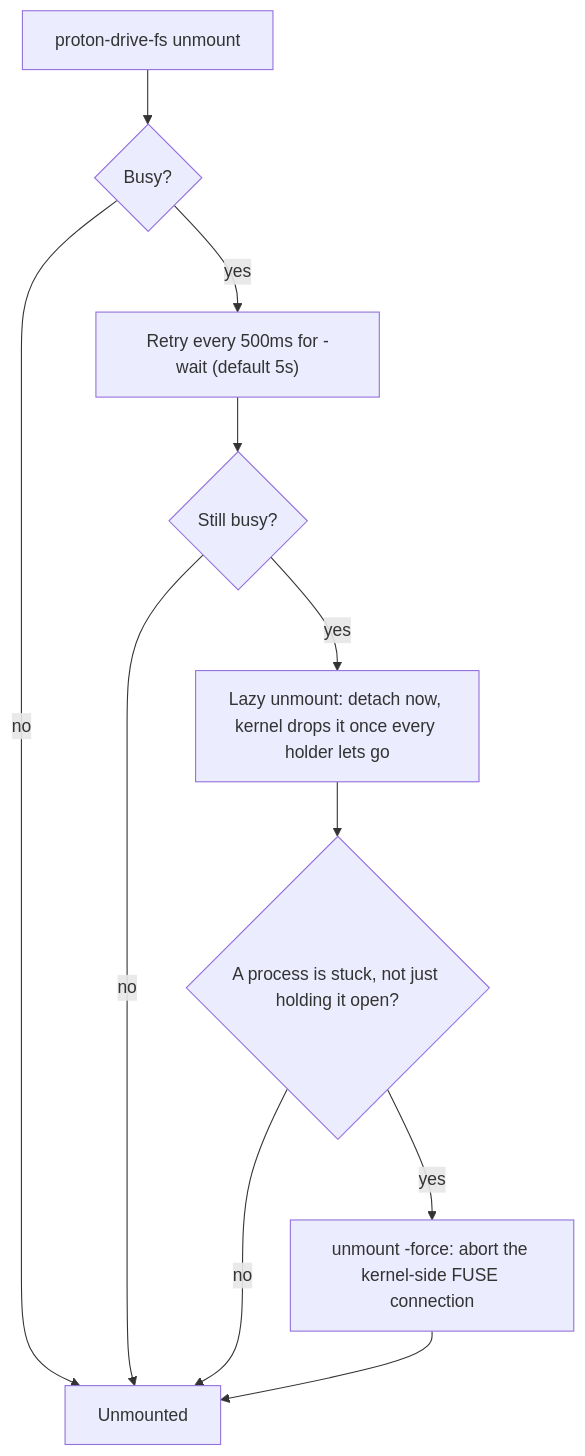
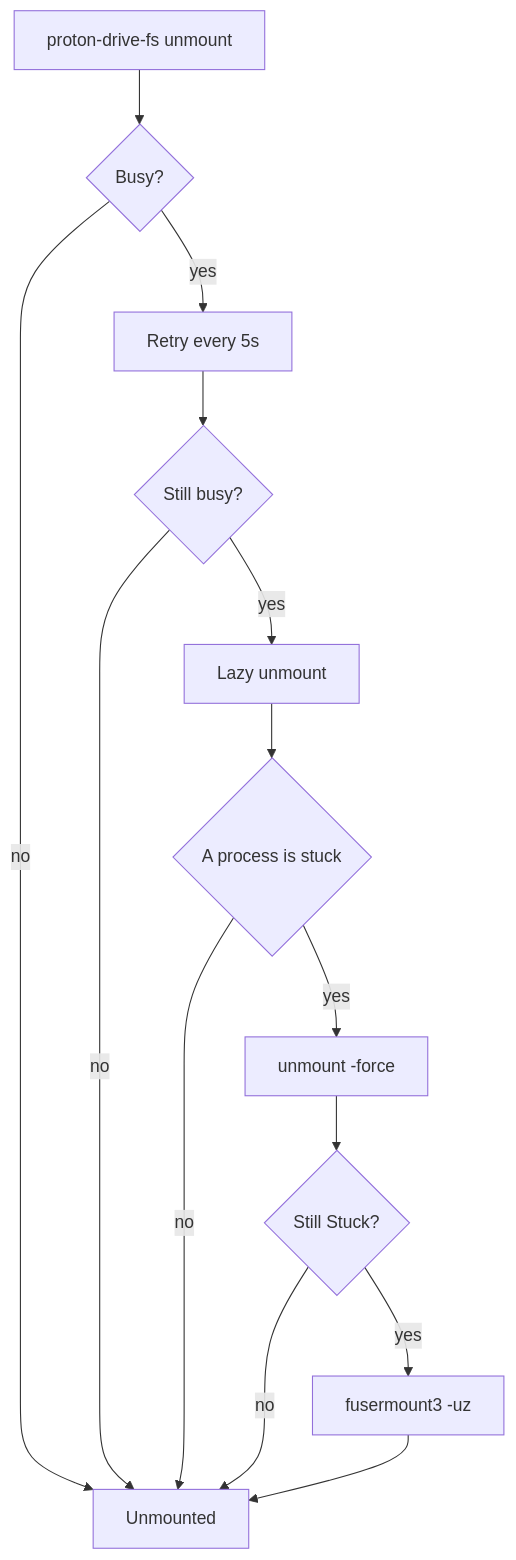
The diagram in docs/troubleshooting.md (khaosdoctor/proton-drive-linux-fs), drawn with Mermaid before and after one commit. The commit also changed other lines of this file and 3 other files, not shown here.

````diff
--- a/docs/troubleshooting.md
+++ b/docs/troubleshooting.md
@@ -48,13 +77,16 @@
 ```mermaid
 flowchart TD
     Start["proton-drive-fs unmount"] --> Busy{"Busy?"}
     Busy -- no --> Done["Unmounted"]
-    Busy -- yes --> Wait["Retry every 500ms for -wait (default 5s)"]
+    Busy -- yes --> Wait["Retry every 5s"]
     Wait --> StillBusy{"Still busy?"}
     StillBusy -- no --> Done
-    StillBusy -- yes --> Lazy["Lazy unmount: detach now, kernel drops it once every holder lets go"]
-    Lazy --> Stuck{"A process is stuck, not just holding it open?"}
-    Stuck -- yes --> Force["unmount -force: abort the kernel-side FUSE connection"]
+    StillBusy -- yes --> Lazy["Lazy unmount"]
+    Lazy --> Stuck{"A process is stuck"}
+    Stuck -- yes --> Force["unmount -force"]
     Stuck -- no --> Done
-    Force --> Done
+    Force --> StillStuck{"Still Stuck?"}
+    StillStuck -- yes --> Kill["fusermount3 -uz"]
+    StillStuck -- no --> Done
+    Kill --> Done
 ```
````
